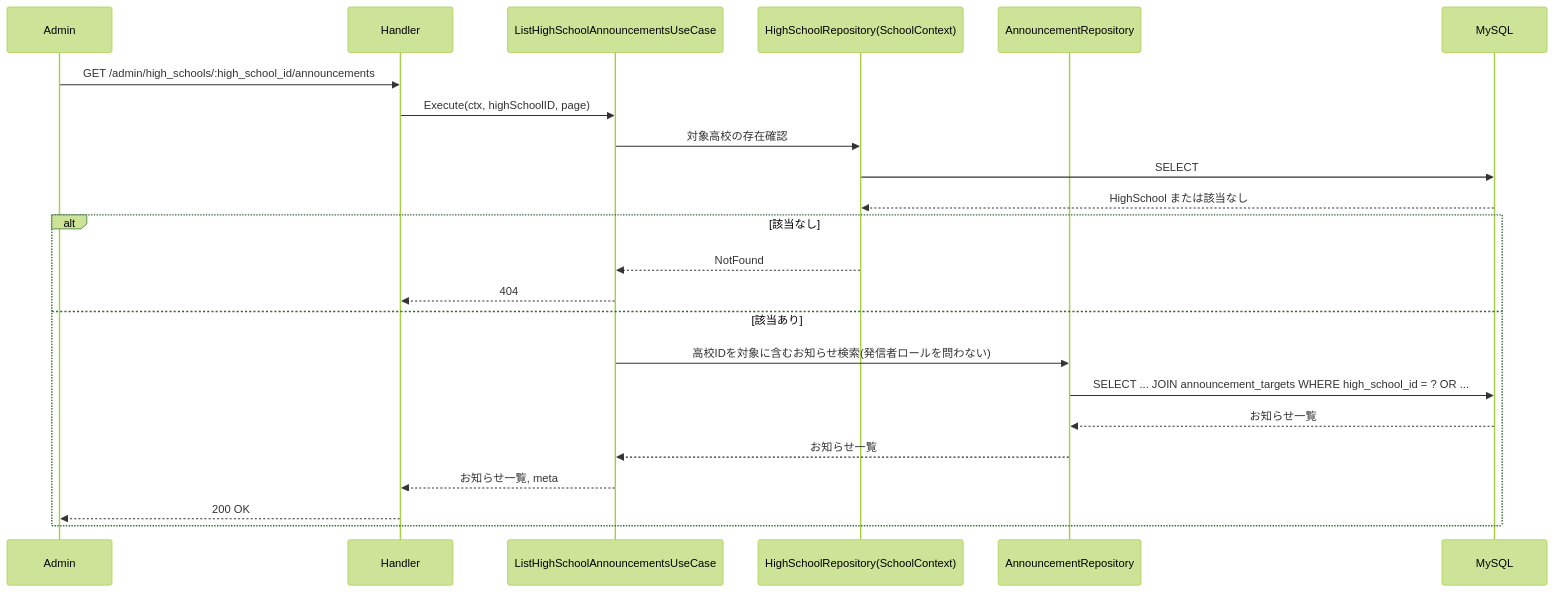
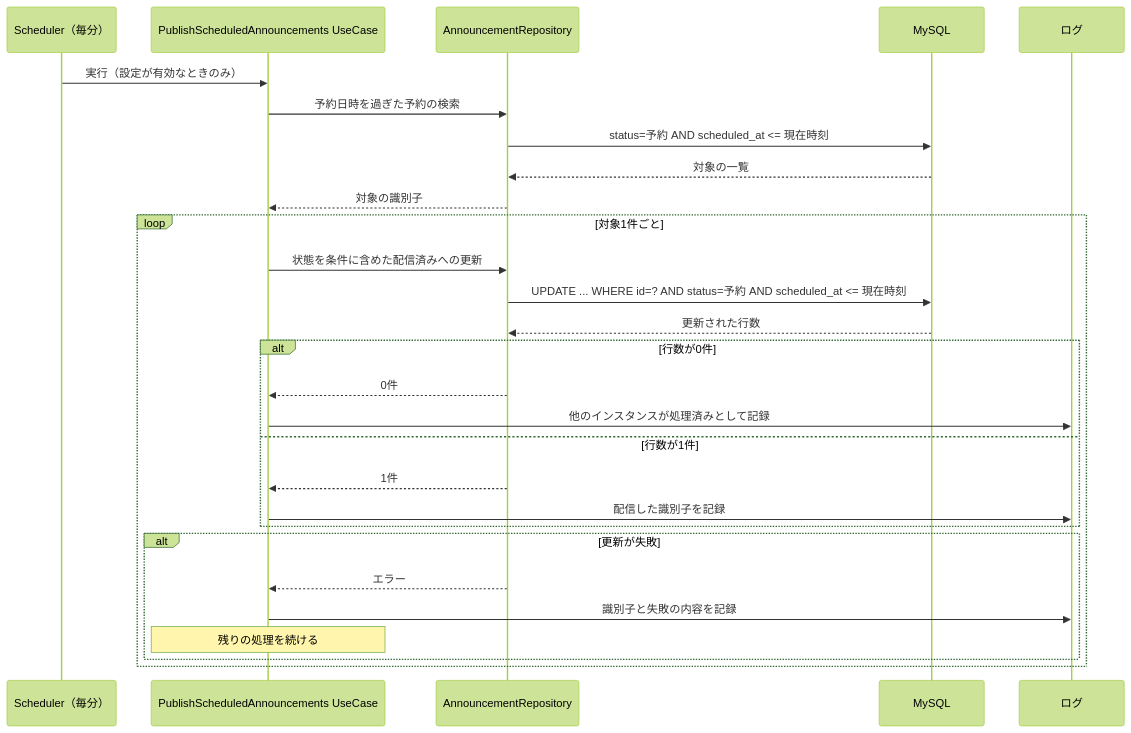
Before and after one commit to yuta20253/edu-platform-go-design: the fifth of 7 diagrams in 計画書/GO移行・設計仕様書/管理者お知らせ管理機能_Go移行・設計仕様書.md, drawn with Mermaid (forest theme). The commit also changed other lines of this file and 2 other files, not shown here.

````diff
--- a/計画書/GO移行・設計仕様書/管理者お知らせ管理機能_Go移行・設計仕様書.md
+++ b/計画書/GO移行・設計仕様書/管理者お知らせ管理機能_Go移行・設計仕様書.md
@@ -404,26 +569,31 @@
 ```mermaid
 sequenceDiagram
-    participant Admin
-    participant Handler
-    participant UC as ListHighSchoolAnnouncementsUseCase
-    participant SchoolRepo as HighSchoolRepository(SchoolContext)
-    participant AnnRepo as AnnouncementRepository
+    participant S as Scheduler（毎分）
+    participant U as PublishScheduledAnnouncements UseCase
+    participant R as AnnouncementRepository
     participant DB as MySQL
+    participant L as ログ
 
-    Admin->>Handler: GET /admin/high_schools/:high_school_id/announcements
-    Handler->>UC: Execute(ctx, highSchoolID, page)
-    UC->>SchoolRepo: 対象高校の存在確認
-    SchoolRepo->>DB: SELECT
-    DB-->>SchoolRepo: HighSchool または該当なし
-    alt 該当なし
-        SchoolRepo-->>UC: NotFound
-        UC-->>Handler: 404
-    else 該当あり
-        UC->>AnnRepo: 高校IDを対象に含むお知らせ検索(発信者ロールを問わない)
-        AnnRepo->>DB: SELECT ... JOIN announcement_targets WHERE high_school_id = ? OR ...
-        DB-->>AnnRepo: お知らせ一覧
-        AnnRepo-->>UC: お知らせ一覧
-        UC-->>Handler: お知らせ一覧, meta
-        Handler-->>Admin: 200 OK
+    S->>U: 実行（設定が有効なときのみ）
+    U->>R: 予約日時を過ぎた予約の検索
+    R->>DB: status=予約 AND scheduled_at <= 現在時刻
+    DB-->>R: 対象の一覧
+    R-->>U: 対象の識別子
+    loop 対象1件ごと
+        U->>R: 状態を条件に含めた配信済みへの更新
+        R->>DB: UPDATE ... WHERE id=? AND status=予約 AND scheduled_at <= 現在時刻
+        DB-->>R: 更新された行数
+        alt 行数が0件
+            R-->>U: 0件
+            U->>L: 他のインスタンスが処理済みとして記録
+        else 行数が1件
+            R-->>U: 1件
+            U->>L: 配信した識別子を記録
+        end
+        alt 更新が失敗
+            R-->>U: エラー
+            U->>L: 識別子と失敗の内容を記録
+            Note over U: 残りの処理を続ける
+        end
     end
 ```
````
